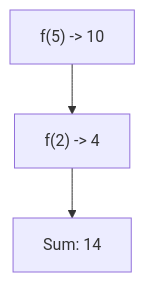
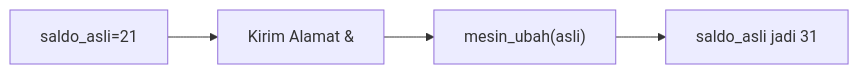
Before and after one commit to amnahwaida/OSNK_INF_PREP: diagram 14 of 25 in part-c-pemahaman-cpp/04-fungsi/latihan/set-06.md, drawn with Mermaid. The commit also changed other lines of this file and 71 other files, not shown here.

````diff
--- a/part-c-pemahaman-cpp/04-fungsi/latihan/set-06.md
+++ b/part-c-pemahaman-cpp/04-fungsi/latihan/set-06.md
@@ -369,5 +385,6 @@
 ```mermaid
-graph TD
-A["f(5) -> 10"] --> B["f(2) -> 4"]
-B --> C["Sum: 14"]
+graph LR
+A["saldo_asli=21"] --> B["Kirim Alamat &"]
+B --> C["mesin_ubah(asli)"]
+C --> D["saldo_asli jadi 31"]
 ```
````
